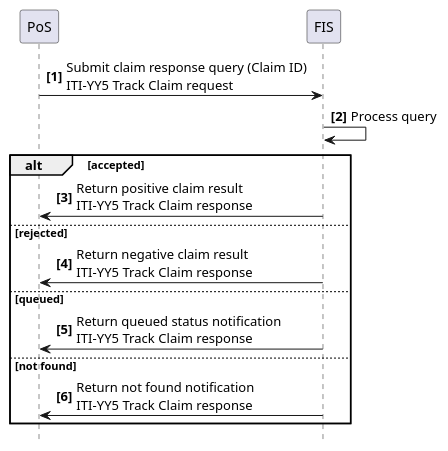
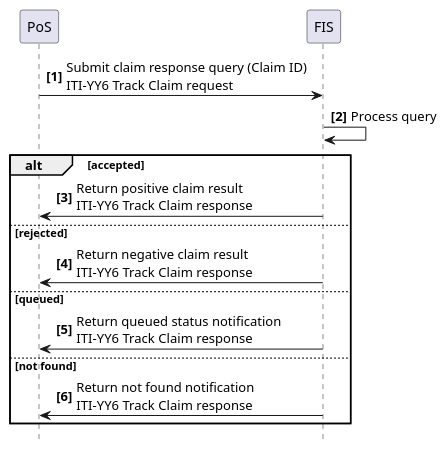
The diagram in input/images-source/usecase6-processflow.plantuml (IHE/ITI.Finance), drawn with PlantUML before and after one commit.

```diff
--- a/input/images-source/usecase6-processflow.plantuml
+++ b/input/images-source/usecase6-processflow.plantuml
@@ -1,22 +1,22 @@
 @startuml
 skinparam svgDimensionStyle false
 hide footbox
 autonumber "<b>[0]"
 
 participant PoS
 participant FIS
 
-PoS -> FIS: Submit claim response query (Claim ID)\nITI-YY5 Track Claim request
+PoS -> FIS: Submit claim response query (Claim ID)\nITI-YY6 Track Claim request
 FIS -> FIS: Process query
 
 alt accepted
-	FIS -> PoS: Return positive claim result\nITI-YY5 Track Claim response
+	FIS -> PoS: Return positive claim result\nITI-YY6 Track Claim response
 else rejected
-	FIS -> PoS: Return negative claim result\nITI-YY5 Track Claim response
+	FIS -> PoS: Return negative claim result\nITI-YY6 Track Claim response
 else queued
-	FIS -> PoS: Return queued status notification\nITI-YY5 Track Claim response
+	FIS -> PoS: Return queued status notification\nITI-YY6 Track Claim response
 else not found
-	FIS -> PoS: Return not found notification\nITI-YY5 Track Claim response
+	FIS -> PoS: Return not found notification\nITI-YY6 Track Claim response
 end
 
 @enduml
```
